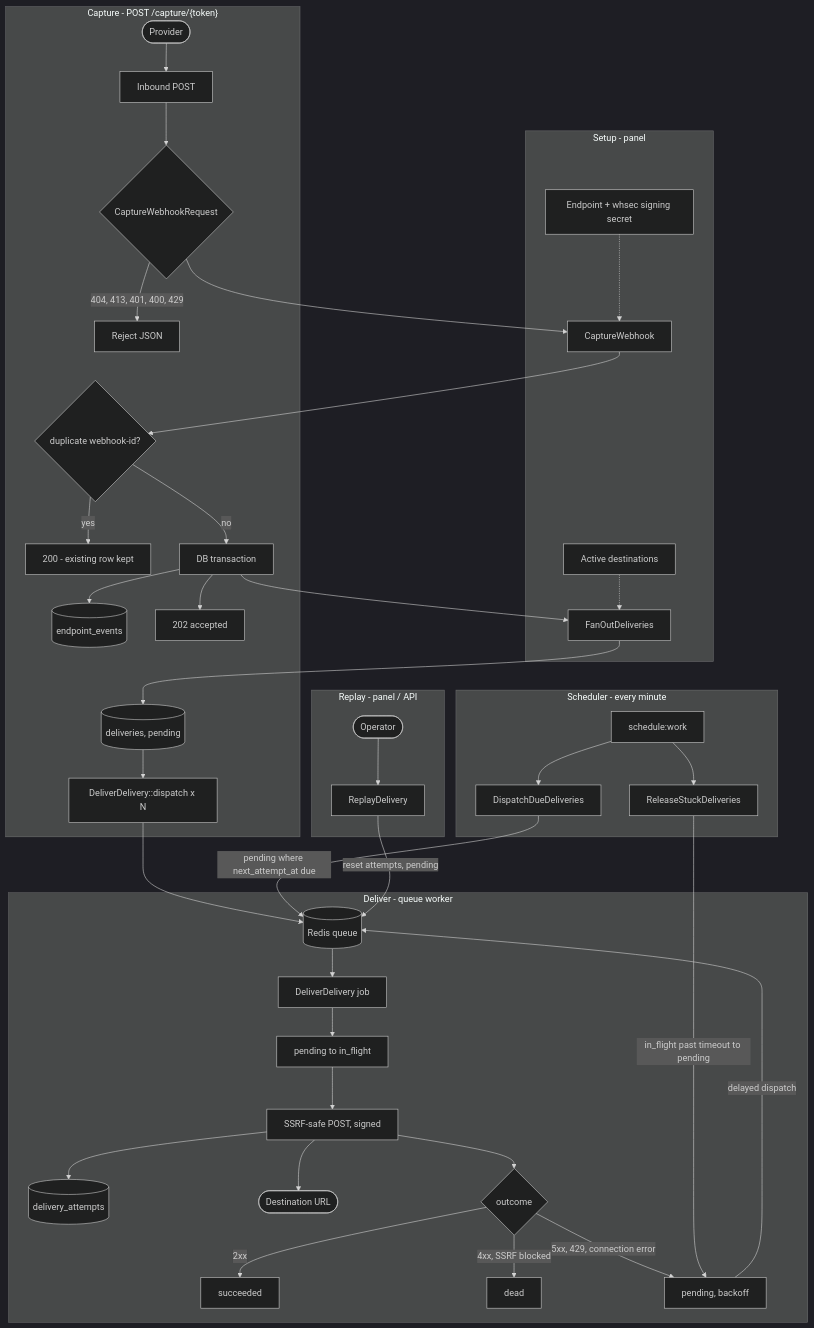
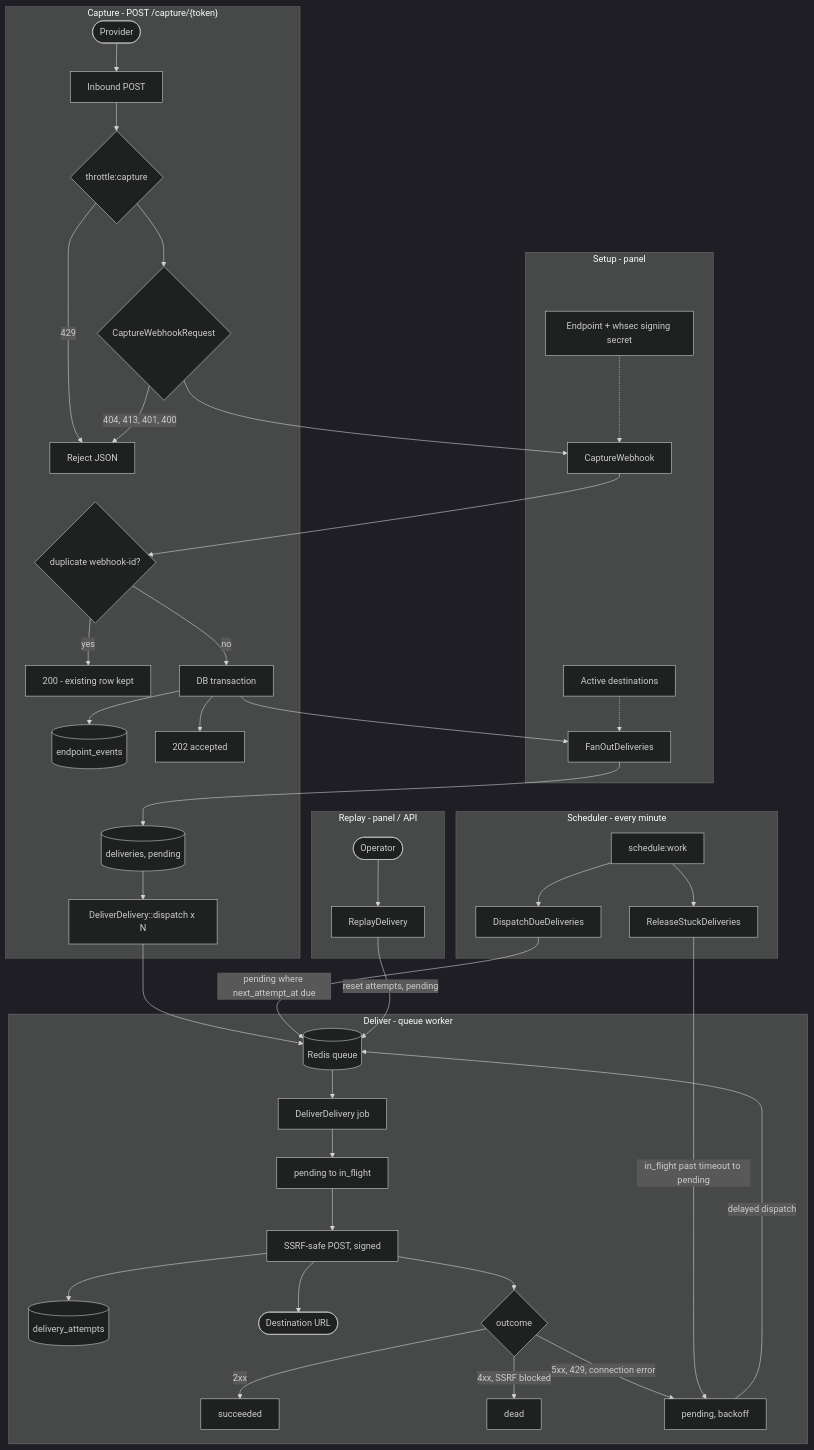
The diagram in ARCHITECTURE.md (nsvetozarevic/hookline), drawn with Mermaid (dark theme) before and after one commit. The commit also changed other lines of this file, not shown here.

````diff
--- a/ARCHITECTURE.md
+++ b/ARCHITECTURE.md
@@ -34,50 +34,52 @@
 ```mermaid
 flowchart TB
   subgraph setup["Setup - panel"]
     EP[Endpoint + whsec signing secret]
     DSTCFG[Active destinations]
     EP -.-> CAP
     DSTCFG -.-> FO
   end
 
   subgraph capture["Capture - POST /capture/{token}"]
     P([Provider]) --> POST[Inbound POST]
-    POST --> VAL{CaptureWebhookRequest}
-    VAL -->|404, 413, 401, 400, 429| REJ[Reject JSON]
+    POST --> THROTTLE{throttle:capture}
+    THROTTLE -->|429| REJ[Reject JSON]
+    THROTTLE --> VAL{CaptureWebhookRequest}
+    VAL -->|404, 413, 401, 400| REJ
     VAL --> CAP[CaptureWebhook]
     CAP --> DUP{duplicate webhook-id?}
     DUP -->|yes| R200[200 - existing row kept]
     DUP -->|no| TXN[DB transaction]
     TXN --> EVT[(endpoint_events)]
     TXN --> FO[FanOutDeliveries]
     FO --> DLV[(deliveries, pending)]
     TXN --> R202[202 accepted]
     DLV --> DISP[DeliverDelivery::dispatch x N]
   end
 
   subgraph deliver["Deliver - queue worker"]
     DISP --> Q[(Redis queue)]
     Q --> JOB[DeliverDelivery job]
     JOB --> CLAIM[pending to in_flight]
     CLAIM --> HTTP[SSRF-safe POST, signed]
     HTTP --> ATT[(delivery_attempts)]
     HTTP --> APP([Destination URL])
     HTTP --> OUT{outcome}
     OUT -->|2xx| OK[succeeded]
     OUT -->|4xx, SSRF blocked| DEAD[dead]
     OUT -->|5xx, 429, connection error| RET[pending, backoff]
     RET -->|delayed dispatch| Q
   end
 
   subgraph scheduler["Scheduler - every minute"]
     SCH[schedule:work] --> DUE[DispatchDueDeliveries]
     SCH --> REL[ReleaseStuckDeliveries]
     DUE -->|pending where next_attempt_at due| Q
     REL -->|in_flight past timeout to pending| RET
   end
 
   subgraph replay["Replay - panel / API"]
     OP([Operator]) --> REP[ReplayDelivery]
     REP -->|reset attempts, pending| Q
   end
 ```
````
